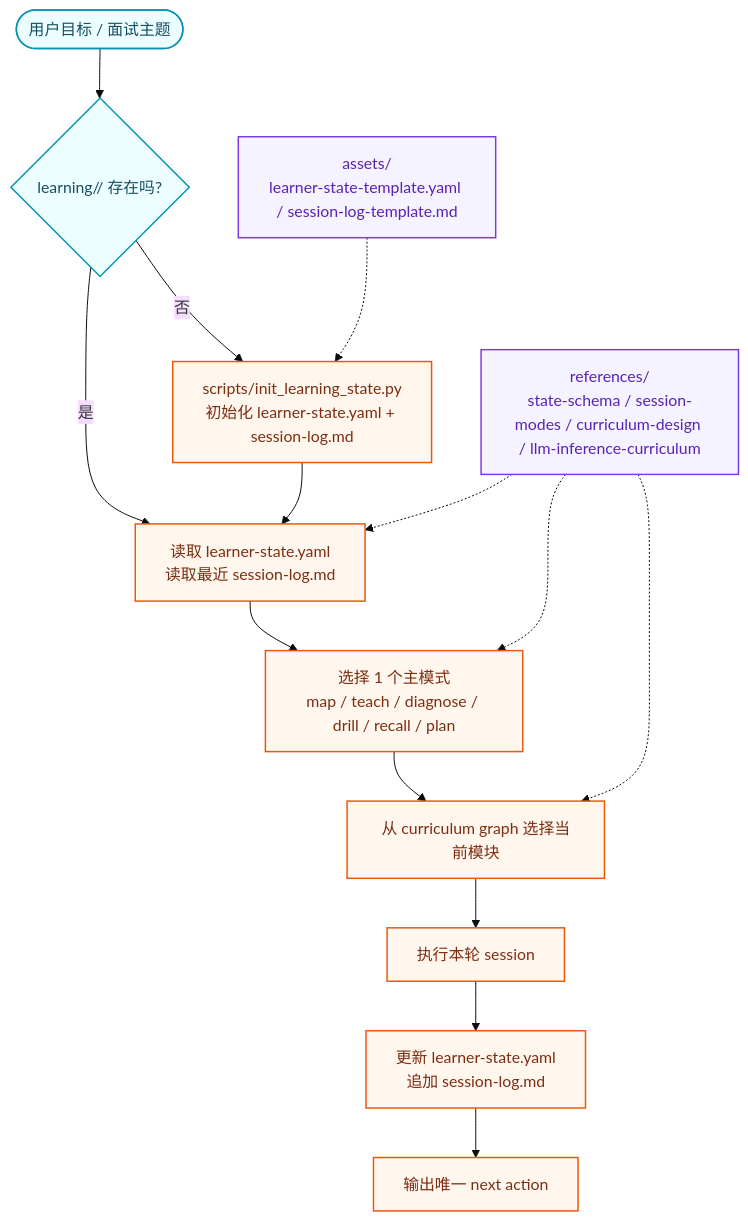
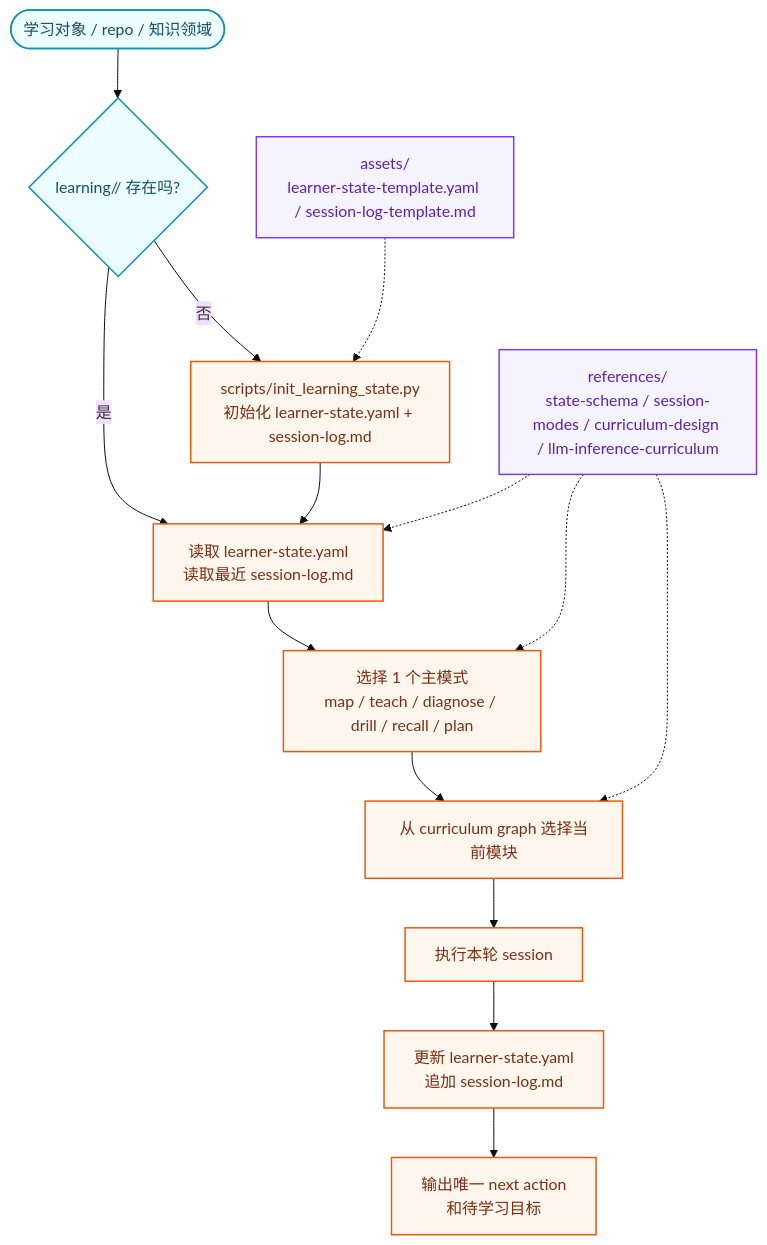
One commit to alphabetc1/skill-foundry changed the diagram in skills/teacher/README.md. Above: the diagram before and after it, drawn with Mermaid (base theme). The commit also changed other lines of this file and 1 other file, not shown here.

````diff
--- a/skills/teacher/README.md
+++ b/skills/teacher/README.md
@@ -11,29 +11,29 @@
 ```mermaid
 flowchart TD
-    user([用户目标 / 面试主题]) --> init{learning/<topic-slug>/ 存在吗?}
+    user([学习对象 / repo / 知识领域]) --> init{learning/<topic-slug>/ 存在吗?}
     init -->|否| boot["scripts/init_learning_state.py<br/>初始化 learner-state.yaml + session-log.md"]
     init -->|是| load["读取 learner-state.yaml<br/>读取最近 session-log.md"]
     boot --> load
 
     load --> mode["选择 1 个主模式<br/>map / teach / diagnose / drill / recall / plan"]
     mode --> module["从 curriculum graph 选择当前模块"]
     module --> run["执行本轮 session"]
     run --> update["更新 learner-state.yaml<br/>追加 session-log.md"]
-    update --> next["输出唯一 next action"]
+    update --> next["输出唯一 next action<br/>和待学习目标"]
 
     refs["references/<br/>state-schema / session-modes / curriculum-design / llm-inference-curriculum"]
     refs -.-> load
     refs -.-> mode
     refs -.-> module
 
     assets["assets/<br/>learner-state-template.yaml / session-log-template.md"]
     assets -.-> boot
 
     classDef core fill:#FFF7ED,stroke:#EA580C,color:#7C2D12,stroke-width:1.5px;
     classDef state fill:#ECFEFF,stroke:#0891B2,color:#164E63,stroke-width:1.5px;
     classDef note fill:#F5F3FF,stroke:#7C3AED,color:#5B21B6,stroke-width:1.5px;
 
     class boot,load,mode,module,run,update,next core;
     class user,init state;
     class refs,assets note;
 ```
````
